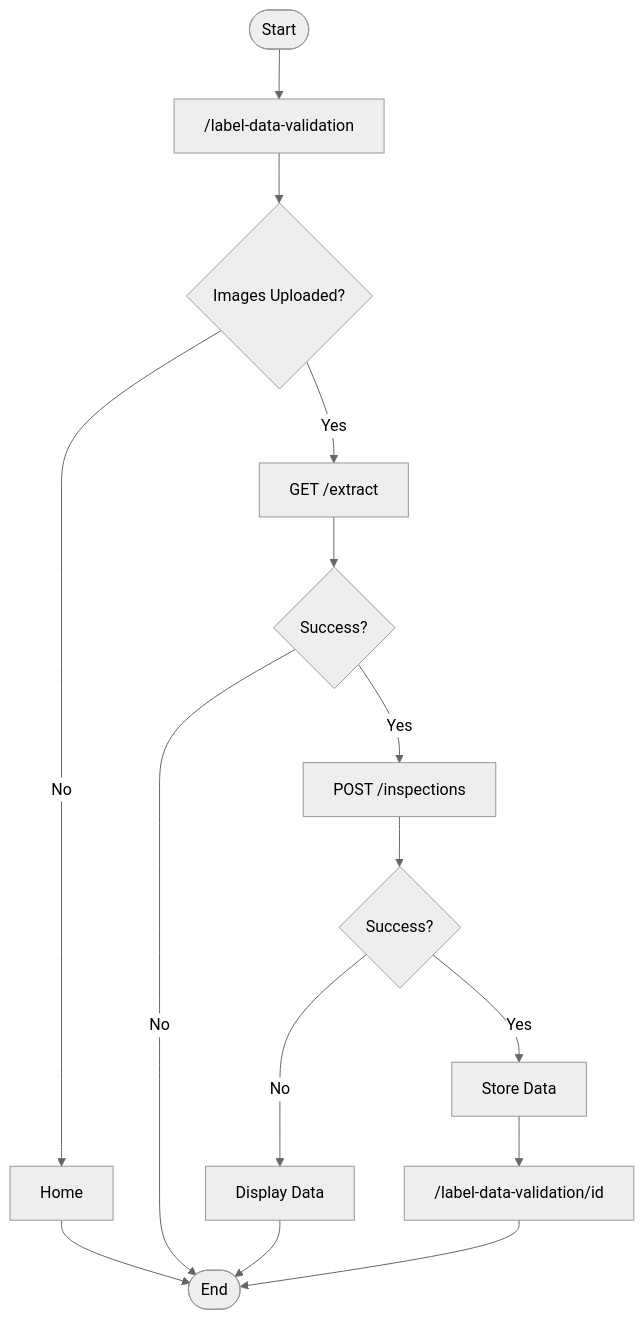
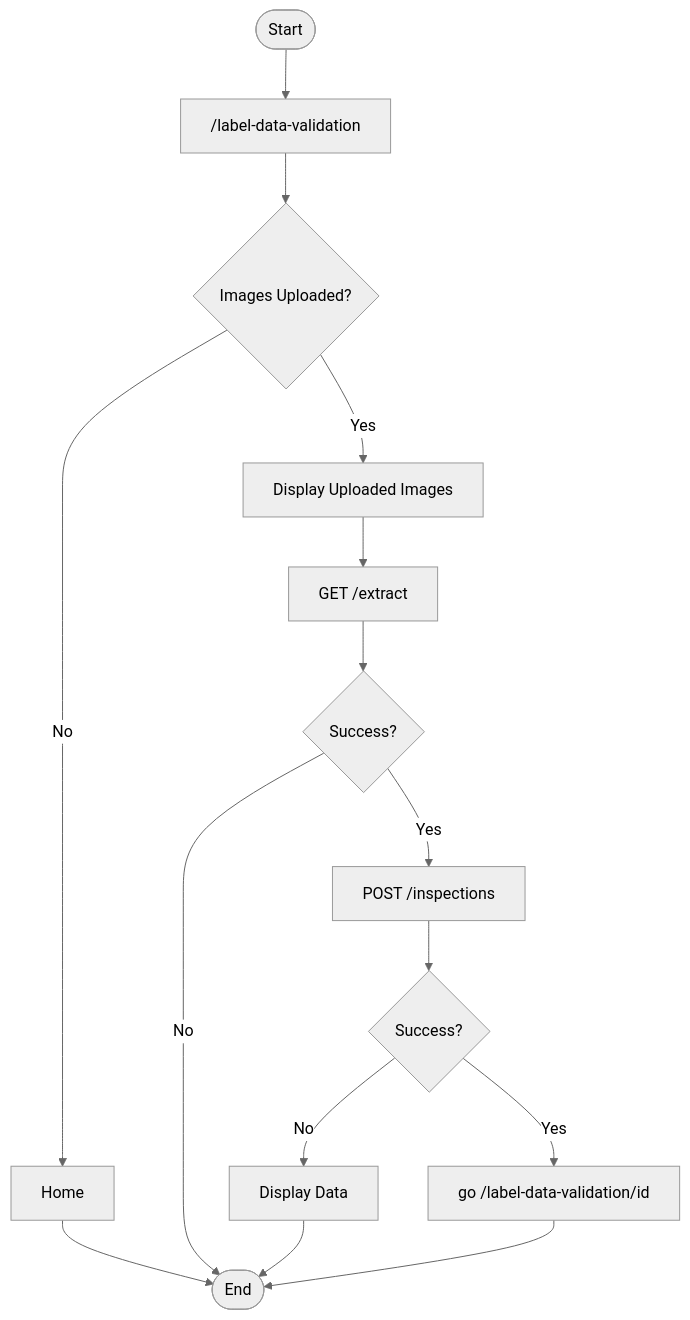
The first of 2 diagrams in docs/label-data-validation/flowchart.md (ai-cfia/fertiscan-frontend), drawn with Mermaid (neutral theme) before and after one commit. The commit also changed other lines of this file and 14 other files, not shown here.

````diff
--- a/docs/label-data-validation/flowchart.md
+++ b/docs/label-data-validation/flowchart.md
@@ -5,13 +5,13 @@
 ```mermaid
 flowchart TD
     Start([Start]) --> LabelDataValidation["/label-data-validation"]
     LabelDataValidation --> ImagesUploaded{Images Uploaded?}
     ImagesUploaded -->|No| HomePage[Home] --> End([End])
-    ImagesUploaded -->|Yes| GetExtract[GET /extract]
+    ImagesUploaded -->|Yes| DisplayUploadedImages["Display Uploaded Images"] --> GetExtract[GET /extract]
     GetExtract --> Success{Success?}
     Success -->|No| End
     Success -->|Yes| PostInspections[POST /inspections]
     PostInspections --> SaveSuccess{Success?}
     SaveSuccess -->|No| DisplayData[Display Data] --> End
-    SaveSuccess -->|Yes| StoreData[Store Data] --> LabelDataWithID["/label-data-validation/id"] --> End
+    SaveSuccess -->|Yes| LabelDataWithID["go /label-data-validation/id"] --> End
 ```
````
